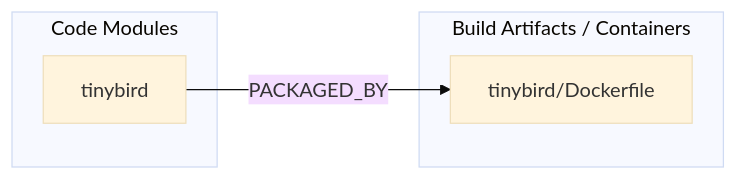
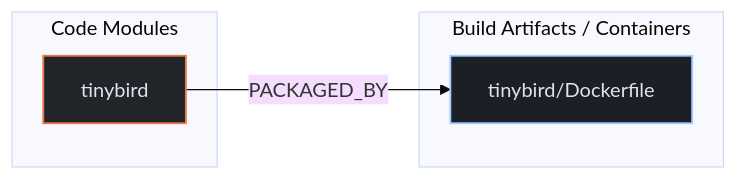
The second of 3 diagrams in exports/latest/reports/TryGhost-ghost-docker-report.md (kumarshaz/atruss-code-atlas), drawn with Mermaid (base theme) before and after one commit. The commit also changed other lines of this file and 331 other files, not shown here.

Commit message:
docs,ui,fix: update SDLC docs, reorder CI/CD DAG first, stylize Mermaid, and fix Arc42 pipeline topology

````diff
--- a/exports/latest/reports/TryGhost-ghost-docker-report.md
+++ b/exports/latest/reports/TryGhost-ghost-docker-report.md
@@ -83,10 +90,14 @@
 ```mermaid
 flowchart LR
+    classDef atlasCategory fill:#212428,stroke:#E87A48,stroke-width:1.5px,color:#dfe3eb
+    classDef atlasWorkflow fill:#1b2026,stroke:#a3c9ff,stroke-width:1.5px,color:#dfe3eb
+    classDef atlasJob fill:#171c22,stroke:#8d9199,stroke-width:1px,color:#dfe3eb
+    classDef atlasTarget fill:#005227,stroke:#8bd99b,stroke-width:1.5px,color:#a7f6b6
     subgraph code_modules["Code Modules"]
-        mod_tinybird["tinybird"]
+        mod_tinybird["tinybird"]:::atlasCategory
     end
     subgraph build_artifacts["Build Artifacts / Containers"]
-        art_tinybird_Dockerfile["tinybird/Dockerfile"]
+        art_tinybird_Dockerfile["tinybird/Dockerfile"]:::atlasWorkflow
     end
     mod_tinybird -->|PACKAGED_BY| art_tinybird_Dockerfile
 ```
````
